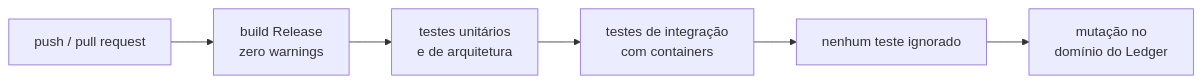
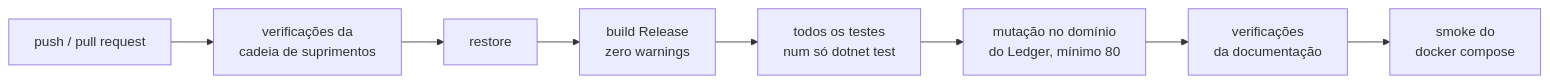
One commit to arthuurw/desafio-arquiteto-keyrus changed the diagram in docs/guias/qualidade-e-ci-explicados.md. Above: the diagram before and after it, drawn with Mermaid. The commit also changed other lines of this file and 5 other files, not shown here.

````diff
--- a/docs/guias/qualidade-e-ci-explicados.md
+++ b/docs/guias/qualidade-e-ci-explicados.md
@@ -55,8 +81,10 @@
 ```mermaid
 flowchart LR
-    A[push / pull request] --> B[build Release<br/>zero warnings]
-    B --> C[testes unitários<br/>e de arquitetura]
-    C --> D[testes de integração<br/>com containers]
-    D --> E[nenhum teste ignorado]
-    E --> F[mutação no<br/>domínio do Ledger]
+    A[push / pull request] --> B[verificações da<br/>cadeia de suprimentos]
+    B --> C[restore]
+    C --> D[build Release<br/>zero warnings]
+    D --> E[todos os testes<br/>num só dotnet test]
+    E --> F[mutação no domínio<br/>do Ledger, mínimo 80]
+    F --> G[verificações<br/>da documentação]
+    G --> H[smoke do<br/>docker compose]
 ```
````
